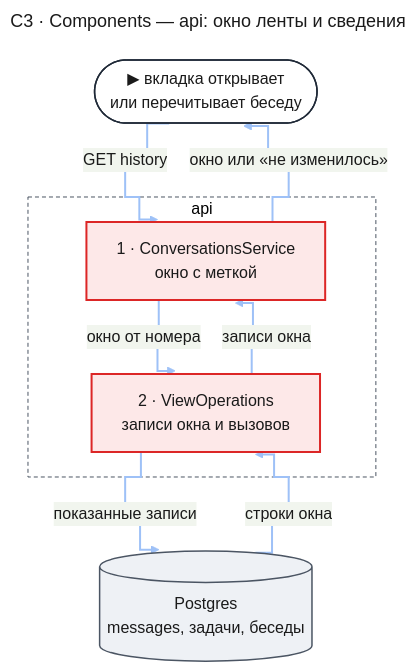
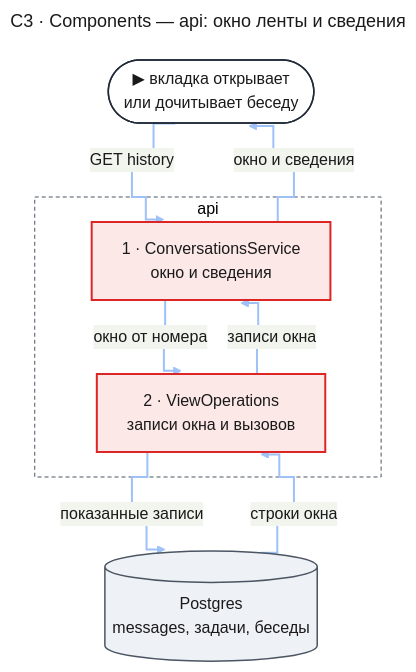
The second of 6 diagrams in docs/features/live-feed/design-server.md (tundraray/agent-os), drawn with Mermaid before and after one commit. The commit also changed other lines of this file, not shown here.

````diff
--- a/docs/features/live-feed/design-server.md
+++ b/docs/features/live-feed/design-server.md
@@ -224,51 +223,51 @@
 ```mermaid
 ---
 title: "C3 · Components — api: окно ленты и сведения"
 config:
   theme: base
   look: classic
   themeVariables:
     primaryColor: "#eef1f5"
     primaryBorderColor: "#4b5563"
     primaryTextColor: "#1a1a1a"
     lineColor: "#6b7280"
   flowchart:
     curve: step
   themeCSS: |
     @keyframes litr_c3b{0%,15%{stroke:#1d4ed8;stroke-width:6px}16.7%,100%{stroke:#9ec1f7;stroke-width:2px}}
 ---
 flowchart TB
-    web(["▶ вкладка открывает<br/>или перечитывает беседу"])
+    web(["▶ вкладка открывает<br/>или дочитывает беседу"])
     subgraph api["api"]
-        conv["1 · ConversationsService<br/>окно с меткой"]
+        conv["1 · ConversationsService<br/>окно и сведения"]
         views["2 · ViewOperations<br/>записи окна и вызовов"]
     end
     pg[("Postgres<br/>messages, задачи, беседы")]
     web e1@-->|"GET history"| conv
     conv e2@-->|"окно от номера"| views
     views e3@-->|"показанные записи"| pg
     pg e4@-->|"строки окна"| views
     views e5@-->|"записи окна"| conv
-    conv e6@-->|"окно или «не изменилось»"| web
+    conv e6@-->|"окно и сведения"| web
     classDef entry fill:#ffffff,stroke:#1f2937,stroke-width:1.5px,color:#1a1a1a
     classDef changed fill:#fde8e8,stroke:#dc2626,stroke-width:2px,color:#1a1a1a
     classDef new fill:#e6f4ea,stroke:#16a34a,stroke-width:2px,color:#1a1a1a
     classDef unchanged fill:#eef1f5,stroke:#4b5563,stroke-width:1.5px,color:#1a1a1a
     classDef frame fill:none,stroke:#4b5563,stroke-width:1px,stroke-dasharray:4 3
     classDef r1 stroke:#9ec1f7,stroke-width:2px,animation:litr_c3b 7.2s linear 0s infinite
     classDef r2 stroke:#9ec1f7,stroke-width:2px,animation:litr_c3b 7.2s linear 1.2s infinite
     classDef r3 stroke:#9ec1f7,stroke-width:2px,animation:litr_c3b 7.2s linear 2.4s infinite
     classDef r4 stroke:#9ec1f7,stroke-width:2px,animation:litr_c3b 7.2s linear 3.6s infinite
     classDef r5 stroke:#9ec1f7,stroke-width:2px,animation:litr_c3b 7.2s linear 4.8s infinite
     classDef r6 stroke:#9ec1f7,stroke-width:2px,animation:litr_c3b 7.2s linear 6s infinite
     class web entry
     class conv,views changed
     class pg unchanged
     class api frame
     class e1 r1
     class e2 r2
     class e3 r3
     class e4 r4
     class e5 r5
     class e6 r6
 ```
````
